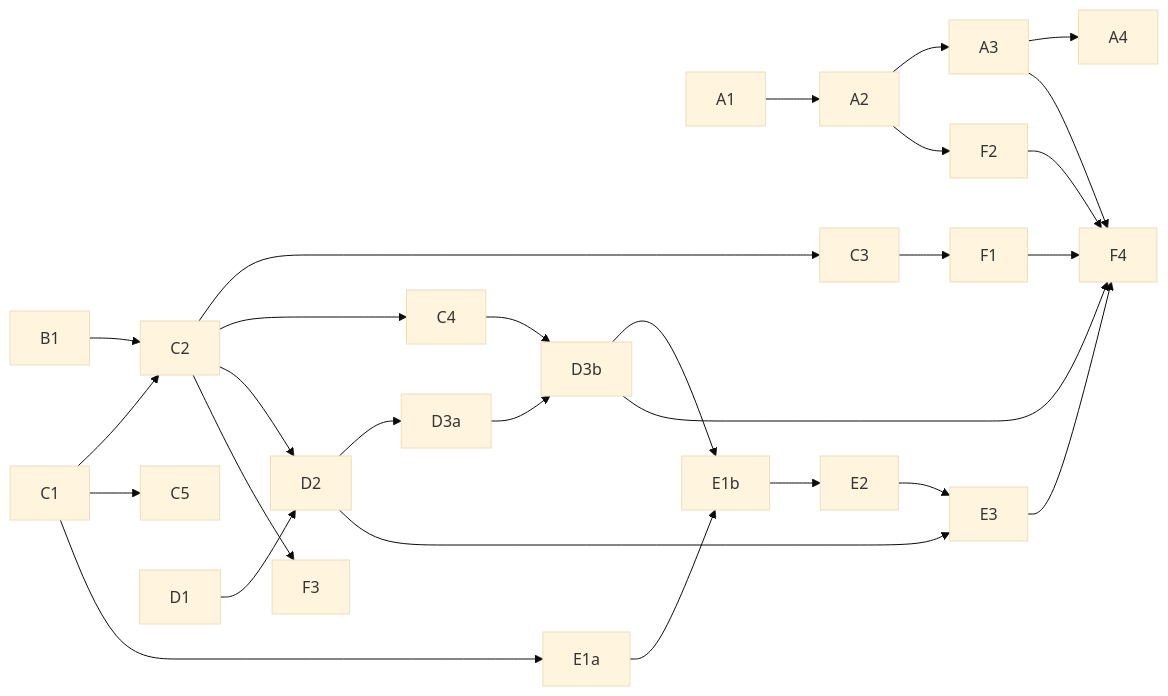
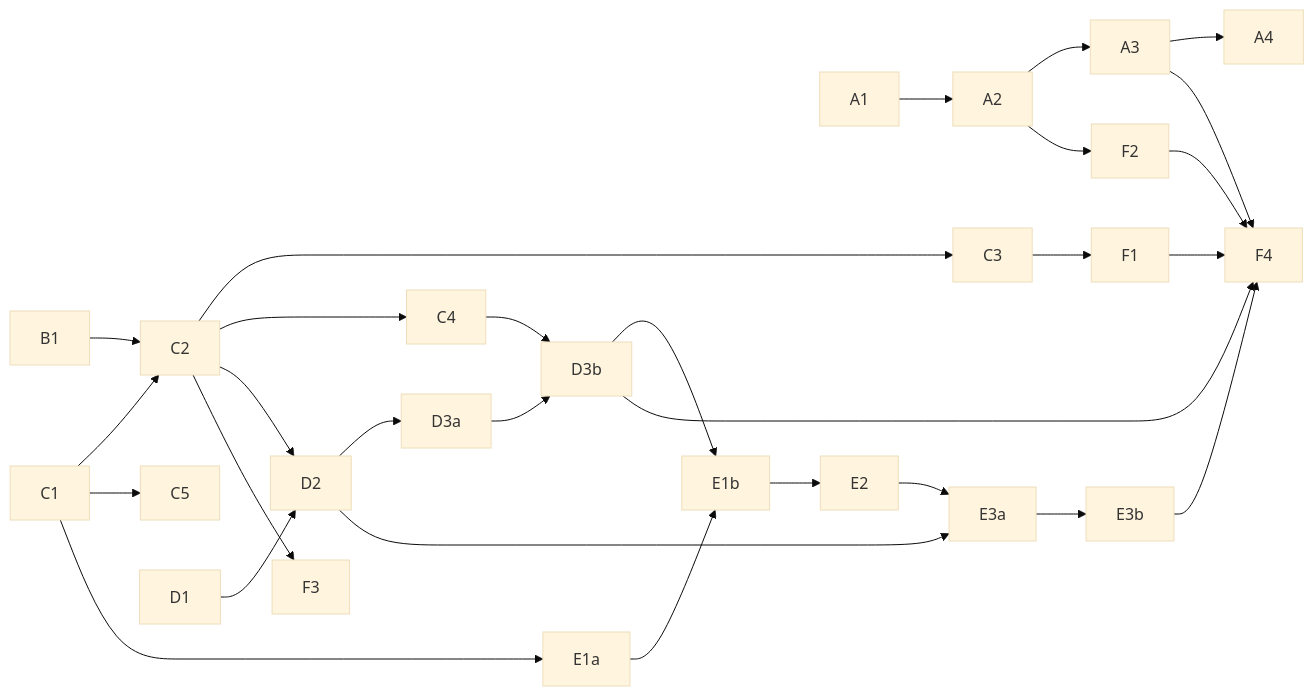
The diagram in plans/public-launch/delivery.md (vinh466/tohe-play), drawn with Mermaid (base theme) before and after one commit. The commit also changed other lines of this file and 2 other files, not shown here.

````diff
--- a/plans/public-launch/delivery.md
+++ b/plans/public-launch/delivery.md
@@ -34,20 +35,20 @@
 ```mermaid
 flowchart LR
   A1 --> A2 --> A3 --> A4
   A2 --> F2
   B1 --> C2
   C1 --> C2 --> C3 --> F1
   C2 --> C4 --> D3b
   C1 --> C5
-  C1 --> E1a --> E1b --> E2 --> E3
+  C1 --> E1a --> E1b --> E2 --> E3a --> E3b
   D3b --> E1b
   D1 --> D2 --> D3a --> D3b
   C2 --> D2
-  D2 --> E3
+  D2 --> E3a
   C2 --> F3
   A3 --> F4
   D3b --> F4
-  E3 --> F4
+  E3b --> F4
   F1 --> F4
   F2 --> F4
 ```
````
